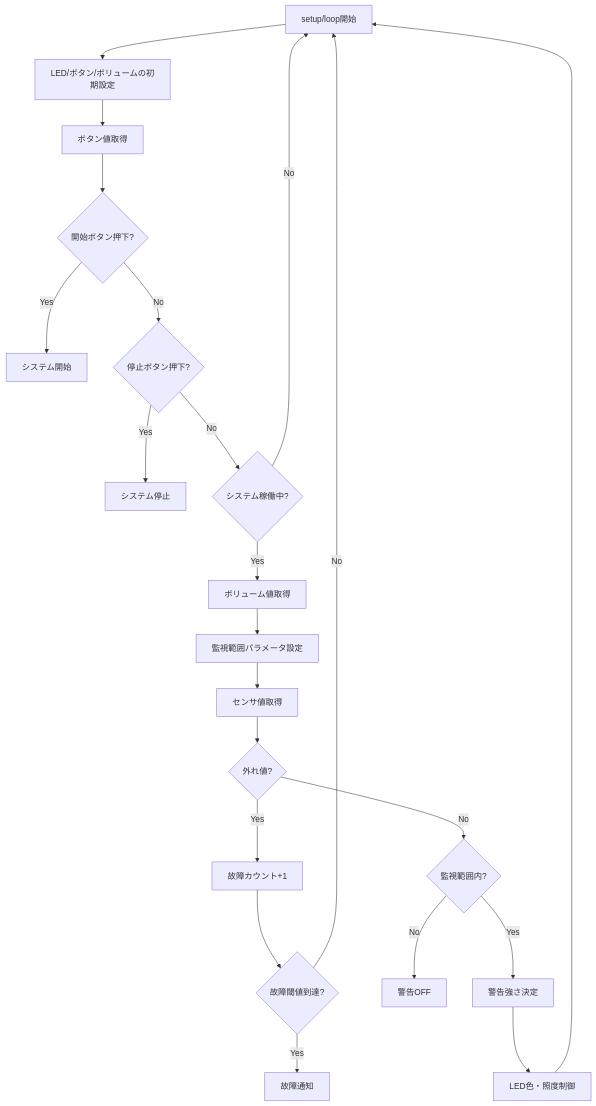
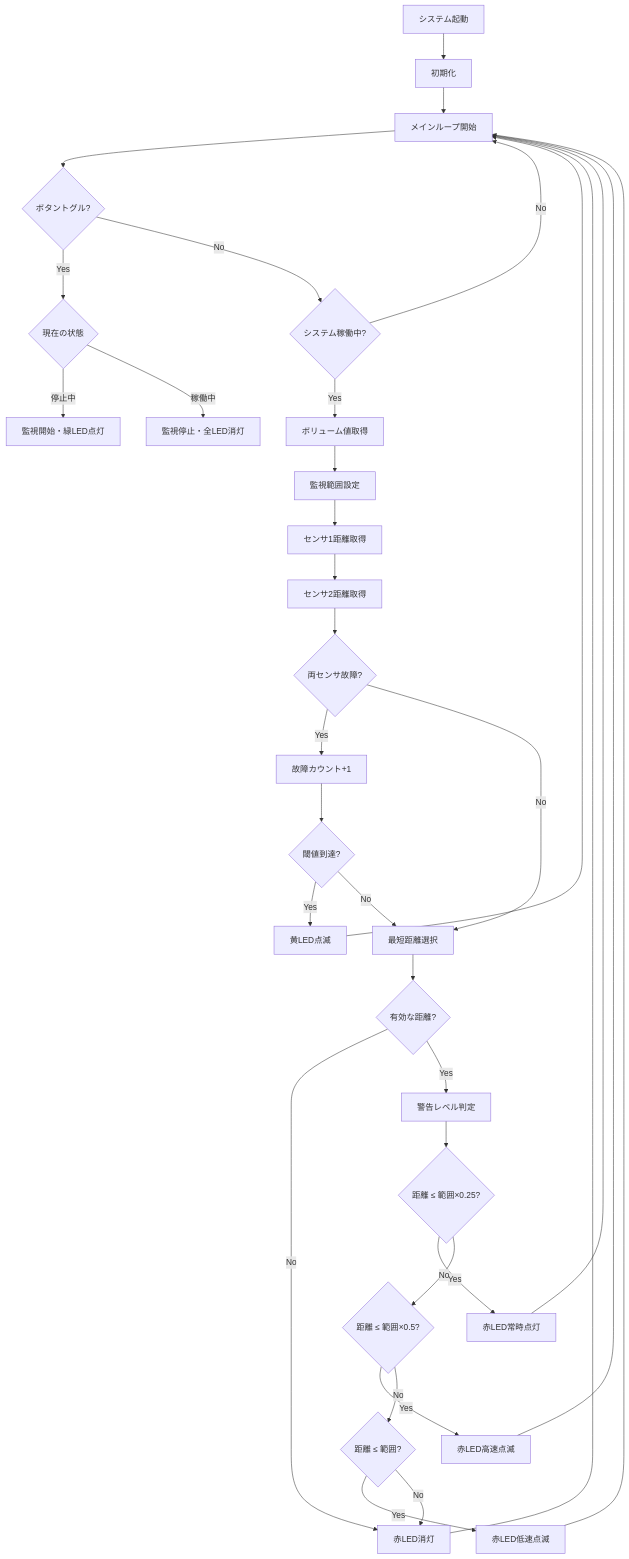
The first of 2 diagrams in README.md (seiyaaaaa0308/arduino_sample), drawn with Mermaid before and after one commit. The commit also changed other lines of this file and 6 other files, not shown here.

````diff
--- a/README.md
+++ b/README.md
@@ -114,24 +232,36 @@
 ```mermaid
 flowchart TD
-    A[setup/loop開始] --> B[LED/ボタン/ボリュームの初期設定]
-    B --> C[ボタン値取得]
-    C --> D{開始ボタン押下?}
-    D -- Yes --> E[システム開始]
-    D -- No --> F{停止ボタン押下?}
-    F -- Yes --> G[システム停止]
-    F -- No --> H{システム稼働中?}
-    H -- No --> A
+    A[システム起動] --> B[初期化]
+    B --> C[メインループ開始]
+    C --> D{ボタントグル?}
+    D -- Yes --> E{現在の状態}
+    E -- 停止中 --> F[監視開始・緑LED点灯]
+    E -- 稼働中 --> G[監視停止・全LED消灯]
+    D -- No --> H{システム稼働中?}
+    H -- No --> C
     H -- Yes --> I[ボリューム値取得]
-    I --> J[監視範囲パラメータ設定]
-    J --> K[センサ値取得]
-    K --> L{外れ値?}
-    L -- Yes --> M[故障カウント+1]
-    M --> N{故障閾値到達?}
-    N -- Yes --> O[故障通知]
-    N -- No --> A
-    L -- No --> P{監視範囲内?}
-    P -- No --> Q[警告OFF]
-    P -- Yes --> R[警告強さ決定]
-    R --> S[LED色・照度制御]
-    S --> A
+    I --> J[監視範囲設定]
+    J --> K[センサ1距離取得]
+    K --> L[センサ2距離取得]
+    L --> M{両センサ故障?}
+    M -- Yes --> N[故障カウント+1]
+    N --> O{閾値到達?}
+    O -- Yes --> P[黄LED点滅]
+    P --> C
+    O -- No --> Q[最短距離選択]
+    M -- No --> Q
+    Q --> R{有効な距離?}
+    R -- No --> S[赤LED消灯]
+    S --> C
+    R -- Yes --> T[警告レベル判定]
+    T --> U{距離 ≤ 範囲×0.25?}
+    U -- Yes --> V[赤LED常時点灯]
+    U -- No --> W{距離 ≤ 範囲×0.5?}
+    W -- Yes --> X[赤LED高速点滅]
+    W -- No --> Y{距離 ≤ 範囲?}
+    Y -- Yes --> Z[赤LED低速点滅]
+    Y -- No --> S
+    V --> C
+    X --> C
+    Z --> C
 ```
````
